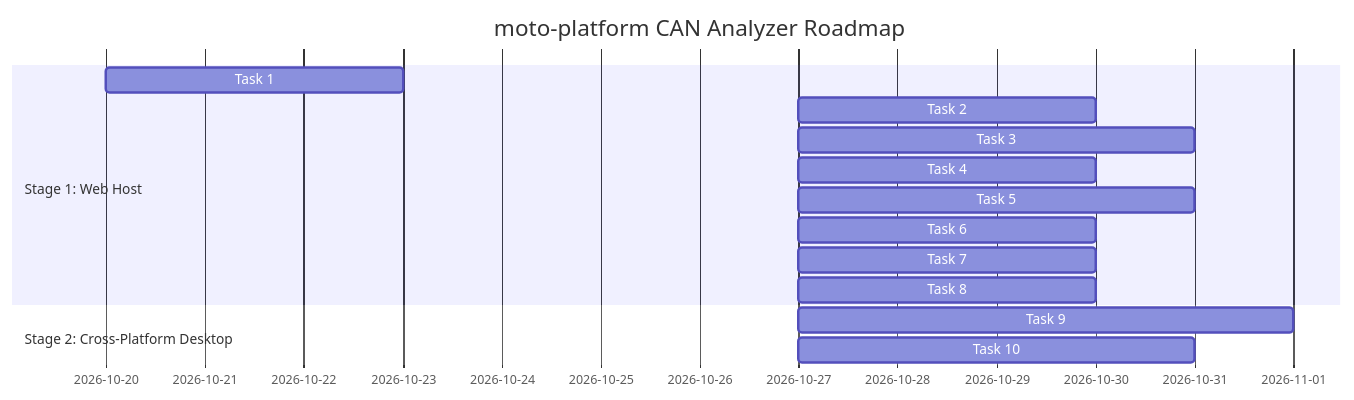
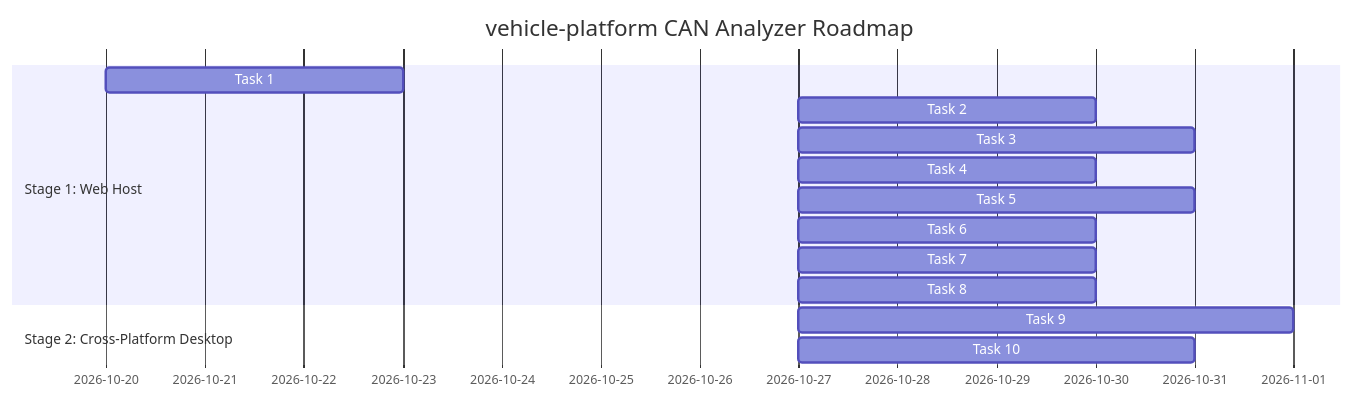
The diagram in docs/ideas/can-analyzer-master-plan.md (moto-platform/moto-vehicle-defs), drawn with Mermaid before and after one commit. The commit also changed other lines of this file and 155 other files, not shown here.

First line of the commit message:
refactor(defs): rename moto identifiers to vehicle

````diff
--- a/docs/ideas/can-analyzer-master-plan.md
+++ b/docs/ideas/can-analyzer-master-plan.md
@@ -287,17 +287,17 @@
 ```mermaid
 gantt
-    title moto-platform CAN Analyzer Roadmap
+    title vehicle-platform CAN Analyzer Roadmap
     dateFormat  YYYY-MM-DD
     section Stage 1: Web Host
-    Task 1: moto-server WebSocket & REST Backend :t1, 2026-10-20, 3d
+    Task 1: vehicle-server WebSocket & REST Backend :t1, 2026-10-20, 3d
     Task 2: Frontend Cockpit Skeleton & Dockable Grid :t2, after t1, 3d
     Task 3: Real-Time Trace Panel (Overwrite & Scroll) :t3, after t2, 4d
     Task 4: SavvyCAN Sniffer & Byte Heatmap :t4, after t3, 3d
     Task 5: Signal Oscilloscope & DBC Decoder (uPlot) :t5, after t4, 4d
     Task 6: UDS Diagnostic Console & D-080 Freeze Frames :t6, after t5, 3d
     Task 7: 3D Telemetry & D-079 Health Windows :t7, after t6, 3d
     Task 8: Time Machine (Replay & Session Comparator) :t8, after t7, 3d
     section Stage 2: Cross-Platform Desktop
     Task 9: Tauri 2.0 Native Hardware & Packaging :t9, after t8, 5d
     Task 10: HIL Testbench & CI Integration :t10, after t9, 4d
 ```
````
